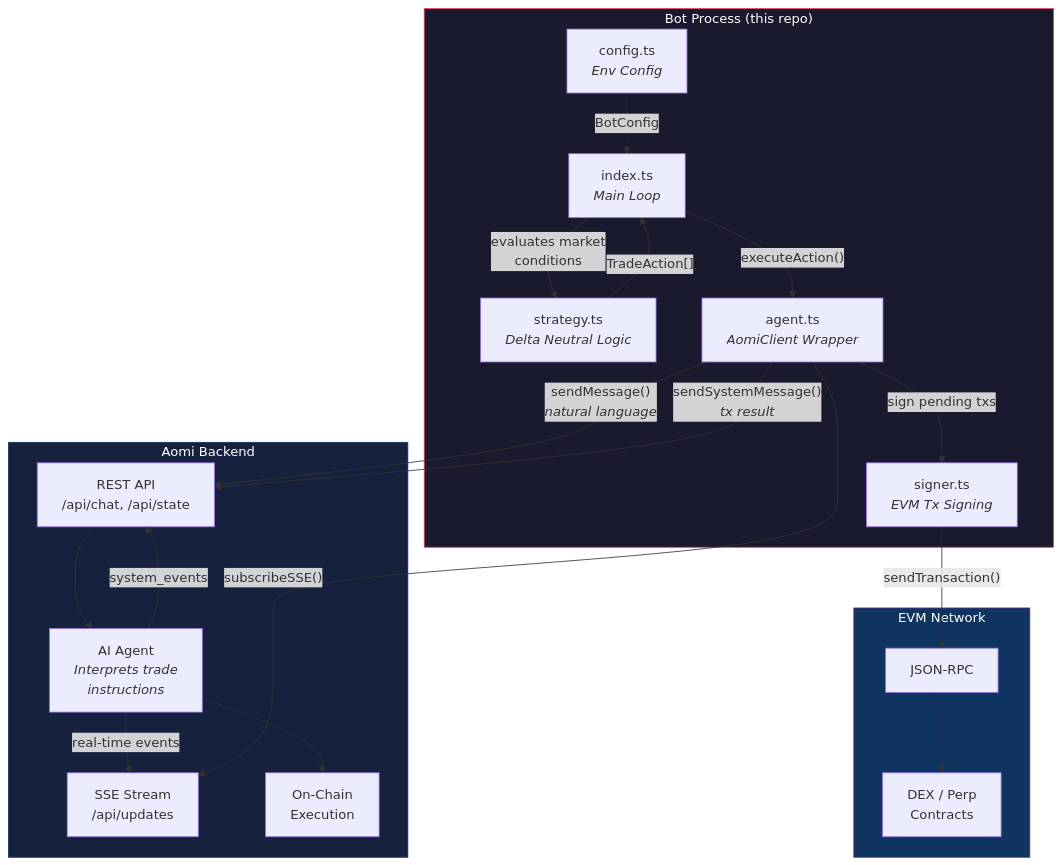
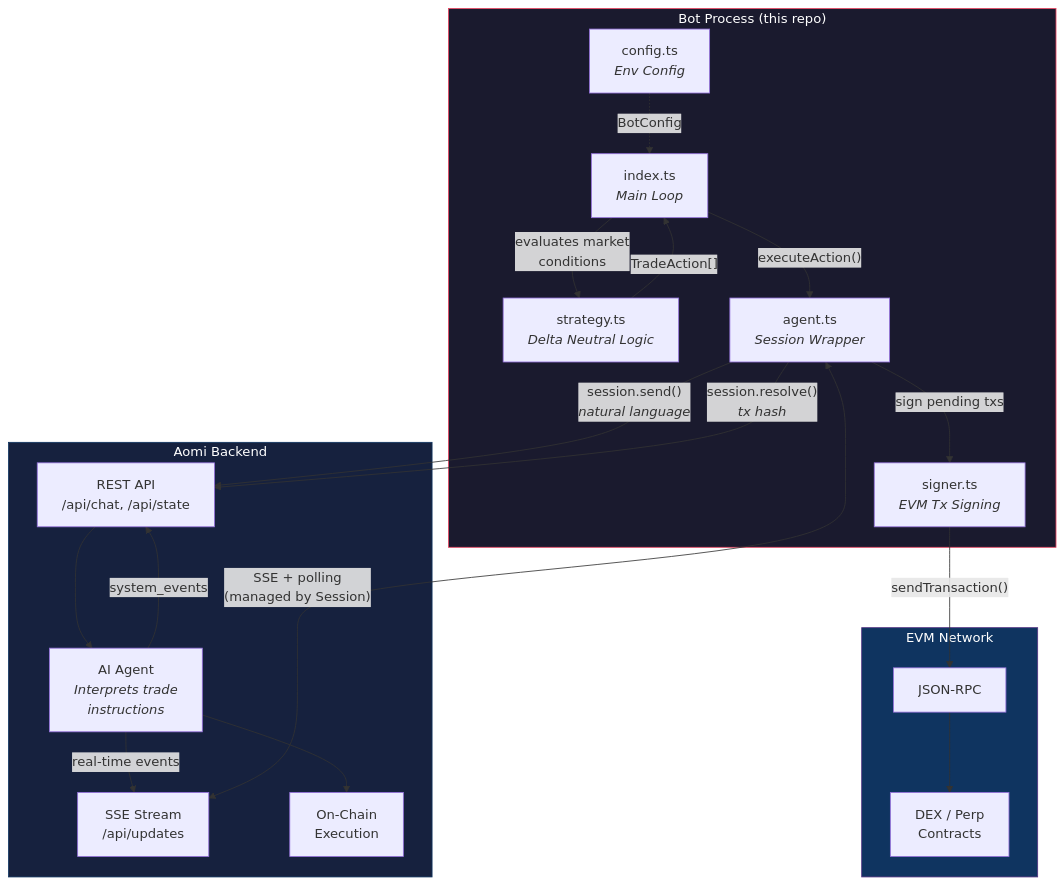
Before and after one commit to aomi-labs/aomi-client-example: the first of 2 diagrams in README.md, drawn with Mermaid. The commit also changed other lines of this file and 8 other files, not shown here.

Commit message:
local aomi client

````diff
--- a/README.md
+++ b/README.md
@@ -20,43 +20,43 @@
 ```mermaid
 graph TB
     subgraph Bot["Bot Process (this repo)"]
         IDX["index.ts<br/><i>Main Loop</i>"]
         STR["strategy.ts<br/><i>Delta Neutral Logic</i>"]
-        AGT["agent.ts<br/><i>AomiClient Wrapper</i>"]
+        AGT["agent.ts<br/><i>Session Wrapper</i>"]
         SGN["signer.ts<br/><i>EVM Tx Signing</i>"]
         CFG["config.ts<br/><i>Env Config</i>"]
 
         IDX -->|"evaluates market<br/>conditions"| STR
         STR -->|"TradeAction[]"| IDX
         IDX -->|"executeAction()"| AGT
         AGT -->|"sign pending txs"| SGN
         CFG -.->|"BotConfig"| IDX
     end
 
     subgraph Aomi["Aomi Backend"]
         API["REST API<br/>/api/chat, /api/state"]
         SSE["SSE Stream<br/>/api/updates"]
         AI["AI Agent<br/><i>Interprets trade<br/>instructions</i>"]
         CHAIN["On-Chain<br/>Execution"]
 
         API --> AI
         AI --> CHAIN
         AI -->|"system_events"| API
         AI -->|"real-time events"| SSE
     end
 
     subgraph EVM["EVM Network"]
         RPC["JSON-RPC"]
         SC["DEX / Perp<br/>Contracts"]
         RPC --> SC
     end
 
-    AGT -->|"sendMessage()<br/><i>natural language</i>"| API
-    AGT -->|"subscribeSSE()"| SSE
-    AGT -->|"sendSystemMessage()<br/><i>tx result</i>"| API
+    AGT -->|"session.send()<br/><i>natural language</i>"| API
+    AGT <-->|"SSE + polling<br/>(managed by Session)"| SSE
+    AGT -->|"session.resolve()<br/><i>tx hash</i>"| API
     SGN -->|"sendTransaction()"| RPC
 
     style Bot fill:#1a1a2e,stroke:#e94560,color:#fff
     style Aomi fill:#16213e,stroke:#0f3460,color:#fff
     style EVM fill:#0f3460,stroke:#533483,color:#fff
 ```
````
